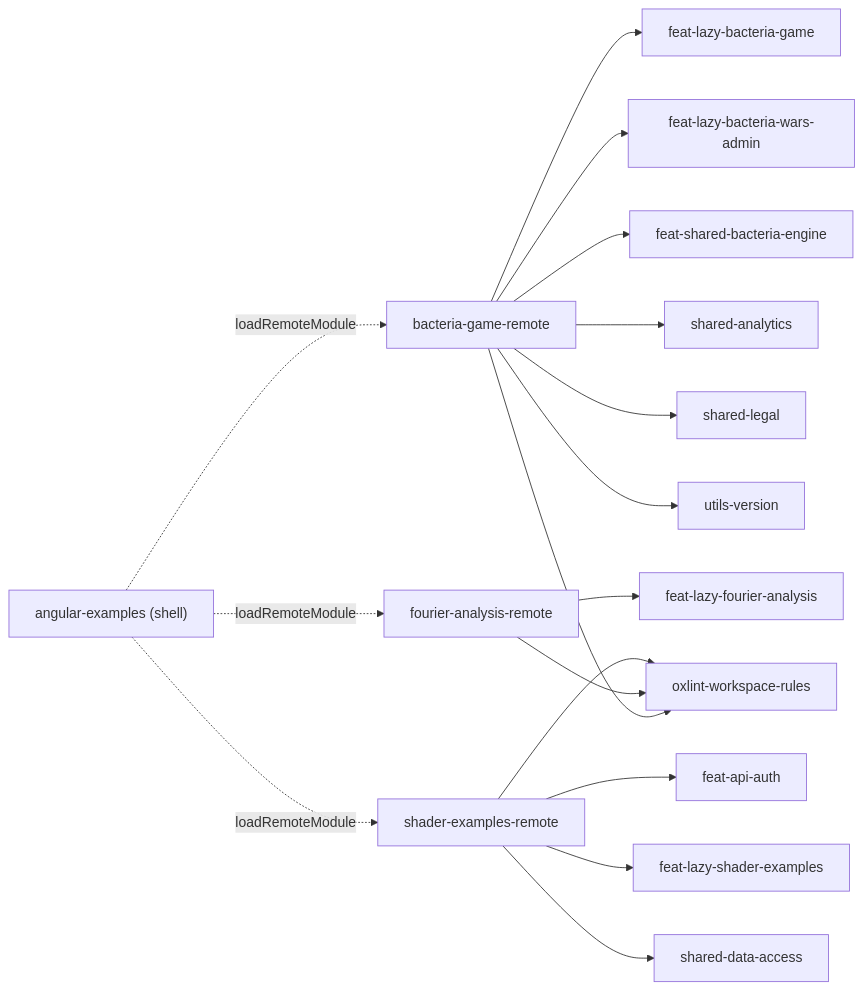
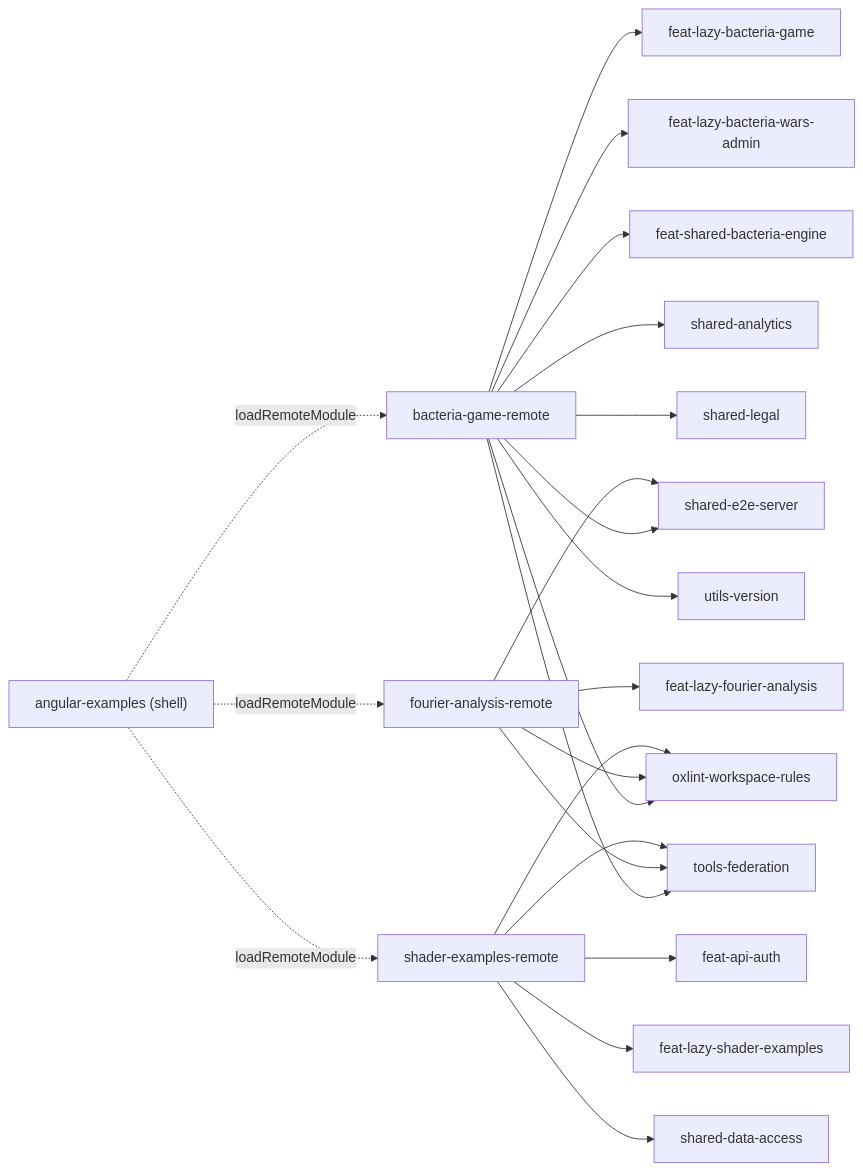
Before and after one commit to WolfSoko/wol-sok-mono: the third of 4 diagrams in docs/architecture/README.md, drawn with Mermaid. The commit also changed other lines of this file and 1 other file, not shown here.

First line of the commit message:
docs(tools): 📚️ refresh architecture diagrams

````diff
--- a/docs/architecture/README.md
+++ b/docs/architecture/README.md
@@ -110,23 +117,28 @@
 ```mermaid
 flowchart LR
   shell["angular-examples (shell)"]
   bacteria_game_remote["bacteria-game-remote"]
   shell -. "loadRemoteModule" .-> bacteria_game_remote
   bacteria_game_remote --> feat_lazy_bacteria_game["feat-lazy-bacteria-game"]
   bacteria_game_remote --> feat_lazy_bacteria_wars_admin["feat-lazy-bacteria-wars-admin"]
   bacteria_game_remote --> feat_shared_bacteria_engine["feat-shared-bacteria-engine"]
   bacteria_game_remote --> oxlint_workspace_rules["oxlint-workspace-rules"]
   bacteria_game_remote --> shared_analytics["shared-analytics"]
+  bacteria_game_remote --> shared_e2e_server["shared-e2e-server"]
   bacteria_game_remote --> shared_legal["shared-legal"]
+  bacteria_game_remote --> tools_federation["tools-federation"]
   bacteria_game_remote --> utils_version["utils-version"]
   fourier_analysis_remote["fourier-analysis-remote"]
   shell -. "loadRemoteModule" .-> fourier_analysis_remote
   fourier_analysis_remote --> feat_lazy_fourier_analysis["feat-lazy-fourier-analysis"]
   fourier_analysis_remote --> oxlint_workspace_rules["oxlint-workspace-rules"]
+  fourier_analysis_remote --> shared_e2e_server["shared-e2e-server"]
+  fourier_analysis_remote --> tools_federation["tools-federation"]
   shader_examples_remote["shader-examples-remote"]
   shell -. "loadRemoteModule" .-> shader_examples_remote
   shader_examples_remote --> feat_api_auth["feat-api-auth"]
   shader_examples_remote --> feat_lazy_shader_examples["feat-lazy-shader-examples"]
   shader_examples_remote --> oxlint_workspace_rules["oxlint-workspace-rules"]
   shader_examples_remote --> shared_data_access["shared-data-access"]
+  shader_examples_remote --> tools_federation["tools-federation"]
 ```
````
